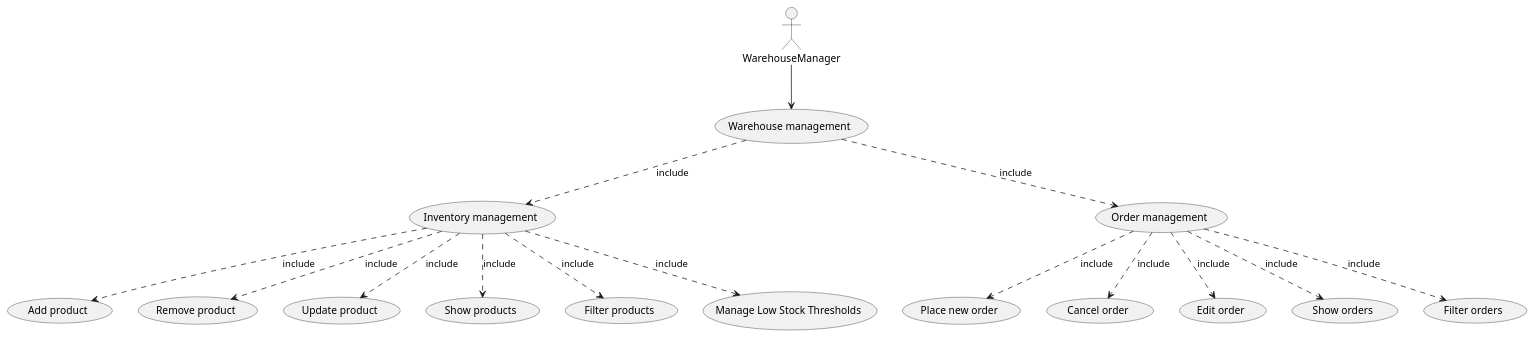
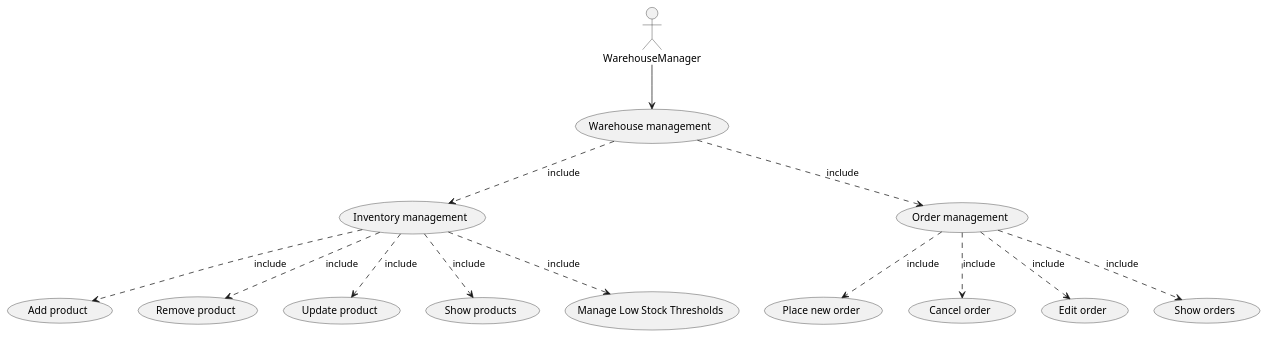
The fourth of 11 diagrams in Deliverables/RequirementsDocument.md (Stormz4/group20-EzShop), drawn with PlantUML before and after one commit. The commit also changed other lines of this file, not shown here.

Commit message:
Doc: Minor changes, merged show & filter (filter is a variant of show). Updated use case diagrams

````diff
--- a/Deliverables/RequirementsDocument.md
+++ b/Deliverables/RequirementsDocument.md
@@ -287,30 +285,28 @@
 ```plantuml
 @startuml
 :WarehouseManager:     --> (Warehouse management)
 (Warehouse management) ..> (Inventory management) : include
 (Warehouse management) ..> (Order management) : include
 (Inventory management) ..> (Add product) : include
 (Inventory management) ..> (Remove product) : include
 (Inventory management) ..> (Update product) : include
 ' (Update product)       ..> (Stock level) : include
 ' (Update product)       ..> (Purchase price) : include
 ' (Update product)       ..> (Description) : include
 (Inventory management) ..> (Show products) : include
-(Inventory management) ..> (Filter products) : include
 ' (Filter products)      ..> (Name) : by
 ' (Filter products)      ..> (Supplier) : by
 ' (Filter products)      ..> (Brand) : by
 ' (Filter products)      ..> (Price) : by
 (Inventory management) ..> (Manage Low Stock Thresholds) : include
 (Order management)     ..> (Place new order) : include
 (Order management)     ..> (Cancel order) : include
 (Order management)     ..> (Edit order) : include
 (Order management)     ..> (Show orders) : include
-(Order management)     ..> (Filter orders) : include
 ' (Filter orders)        ..> (Date) : by
 ' (Filter orders)        ..> (Supplier) : by
 ' (Filter orders)        ..> (Amount) : by
 
 
 @enduml
 ```
````
